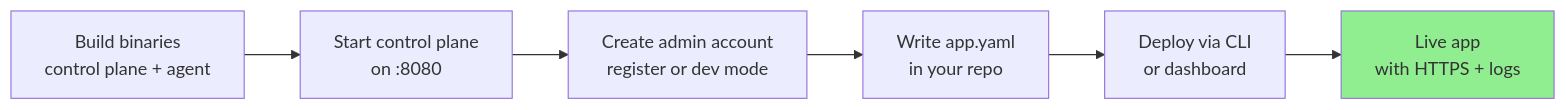
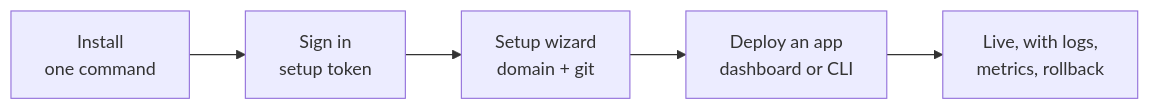
One commit to glincker/levelrail changed the diagram in docs/getting-started.md. Above: the diagram before and after it, drawn with Mermaid. The commit also changed other lines of this file and 4 other files, not shown here.

First line of the commit message:
docs: rewrite README, getting started, installing, architecture, docs index

````diff
--- a/docs/getting-started.md
+++ b/docs/getting-started.md
@@ -36,9 +9,7 @@
 ```mermaid
 flowchart LR
-  A["Build binaries<br/>control plane + agent"] --> B["Start control plane<br/>on :8080"]
-  B --> C["Create admin account<br/>register or dev mode"]
-  C --> D["Write app.yaml<br/>in your repo"]
-  D --> E["Deploy via CLI<br/>or dashboard"]
-  E --> F["Live app<br/>with HTTPS + logs"]
-  style F fill:#90EE90
+  A["Install<br/>one command"] --> B["Sign in<br/>setup token"]
+  B --> C["Setup wizard<br/>domain + git"]
+  C --> D["Deploy an app<br/>dashboard or CLI"]
+  D --> E["Live, with logs,<br/>metrics, rollback"]
 ```
````
